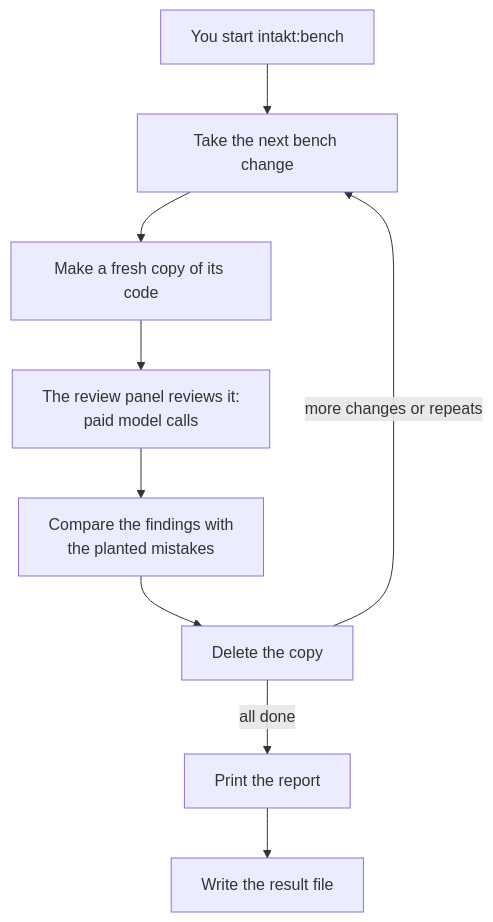
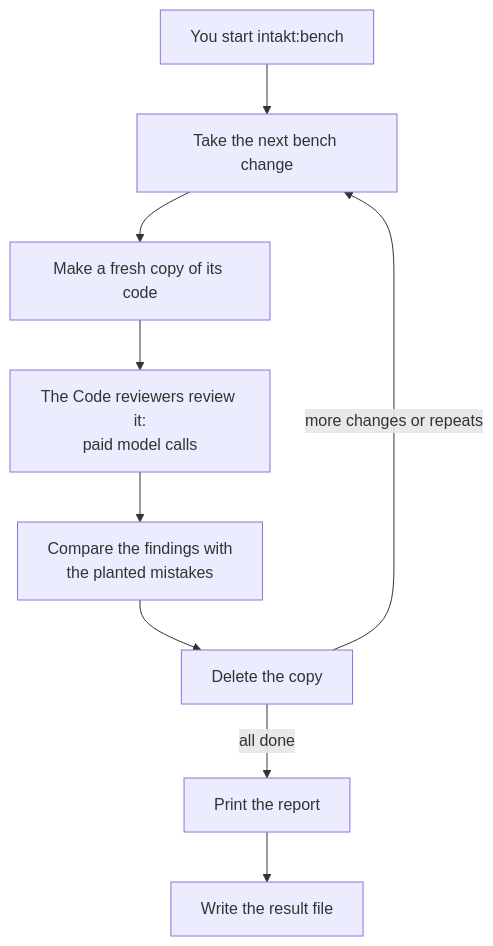
Before and after one commit to shinyredapples/intakt: the diagram in docs/guide/review-bench.md, drawn with Mermaid. The commit also changed other lines of this file and 22 other files, not shown here.

````diff
--- a/docs/guide/review-bench.md
+++ b/docs/guide/review-bench.md
@@ -30,11 +30,11 @@
 ```mermaid
 flowchart TD
   s[You start intakt:bench] --> c[Take the next bench change]
   c --> f[Make a fresh copy of its code]
-  f --> r[The review panel reviews it:<br/>paid model calls]
+  f --> r[The Code reviewers review it:<br/>paid model calls]
   r --> k[Compare the findings with<br/>the planted mistakes]
   k --> d[Delete the copy]
   d -- more changes or repeats --> c
   d -- all done --> p[Print the report]
   p --> w[Write the result file]
 ```
````
